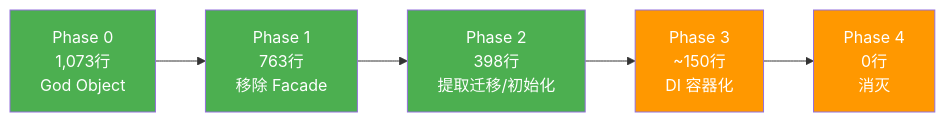
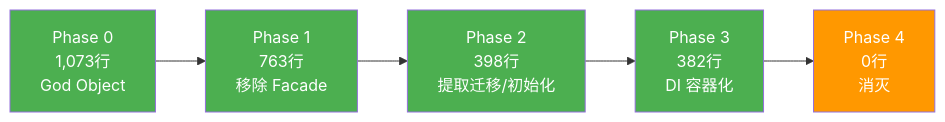
One commit to drearycold/YetAnotherEBookReader changed the first of 2 diagrams in .agents/memory-bank/modeldata-elimination-plan.md. Above: the diagram before and after it, drawn with Mermaid. The commit also changed other lines of this file and 1 other file, not shown here.

First line of the commit message:
docs: update plan and activeContext for Phase 3 completion

````diff
--- a/.agents/memory-bank/modeldata-elimination-plan.md
+++ b/.agents/memory-bank/modeldata-elimination-plan.md
@@ -41,13 +41,13 @@
 ```mermaid
 graph LR
     A["Phase 0<br>1,073行<br>God Object"] --> B["Phase 1<br>763行<br>移除 Facade"]
     B --> C["Phase 2<br>398行<br>提取迁移/初始化"]
-    C --> D["Phase 3<br>~150行<br>DI 容器化"]
+    C --> D["Phase 3<br>382行<br>DI 容器化"]
     D --> E["Phase 4<br>0行<br>消灭"]
     
     style A fill:#4CAF50,color:#fff
     style B fill:#4CAF50,color:#fff
     style C fill:#4CAF50,color:#fff
-    style D fill:#FF9800,color:#fff
+    style D fill:#4CAF50,color:#fff
     style E fill:#FF9800,color:#fff
 ```
````
